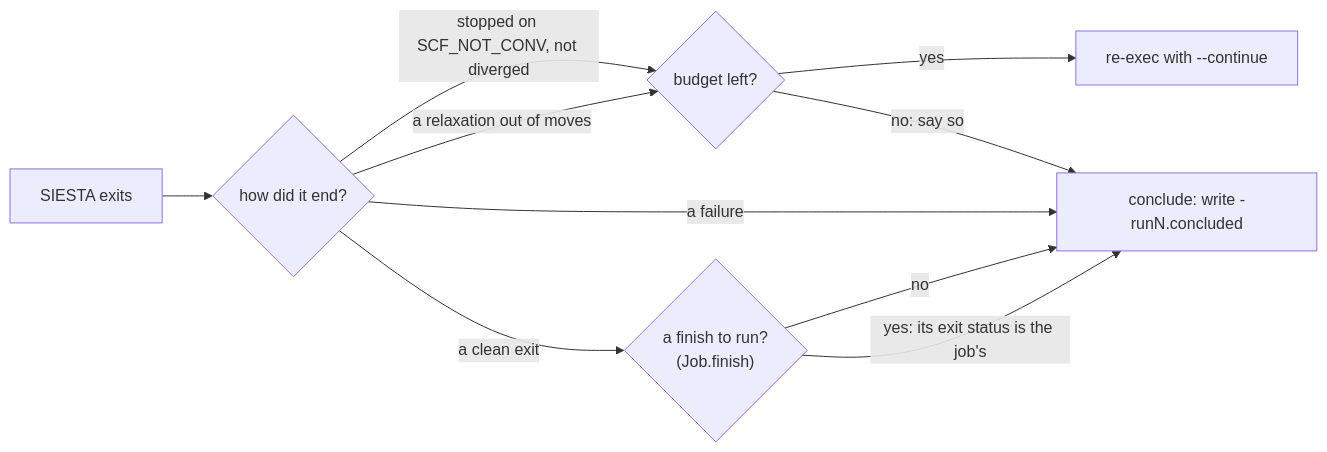
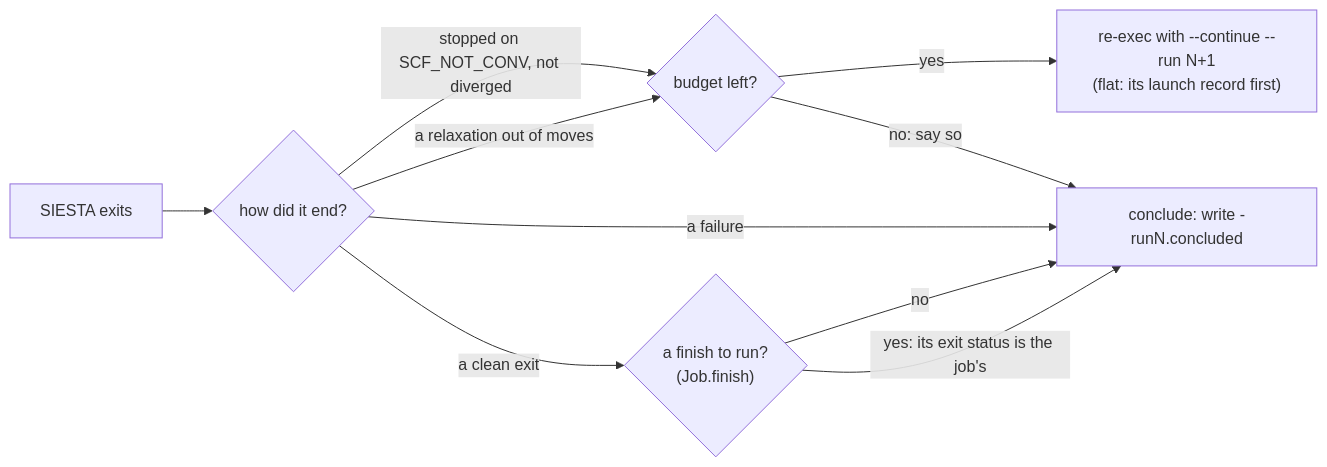
One commit to Qing-LAB/molbuilder changed the second of 6 diagrams in docs/execution/running-a-job.md. Above: the diagram before and after it, drawn with Mermaid. The commit also changed other lines of this file and 745 other files, not shown here.

````diff
--- a/docs/execution/running-a-job.md
+++ b/docs/execution/running-a-job.md
@@ -504,12 +506,12 @@
 ```mermaid
 flowchart LR
     X["SIESTA exits"] --> Q{"how did it end?"}
     Q -->|"stopped on SCF_NOT_CONV, not diverged"| B{"budget left?"}
     Q -->|"a relaxation out of moves"| B
     Q -->|"a failure"| C["conclude: write -runN.concluded"]
     Q -->|"a clean exit"| F{"a finish to run?<br/>(Job.finish)"}
     F -->|"no"| C
     F -->|"yes: its exit status is the job's"| C
-    B -->|"yes"| R["re-exec with --continue"]
+    B -->|"yes"| R["re-exec with --continue --run N+1<br/>(flat: its launch record first)"]
     B -->|"no: say so"| C
 ```
````
